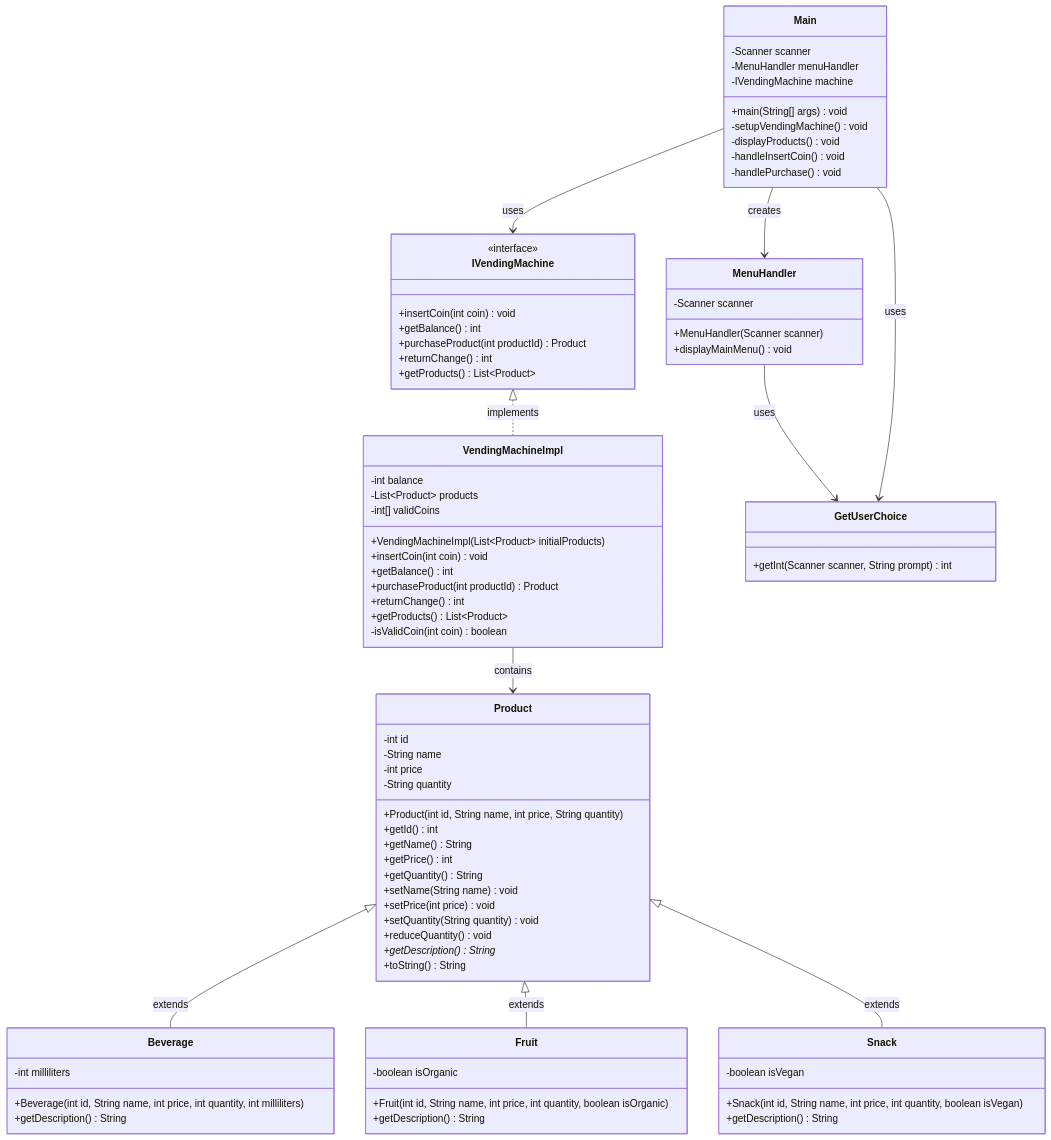
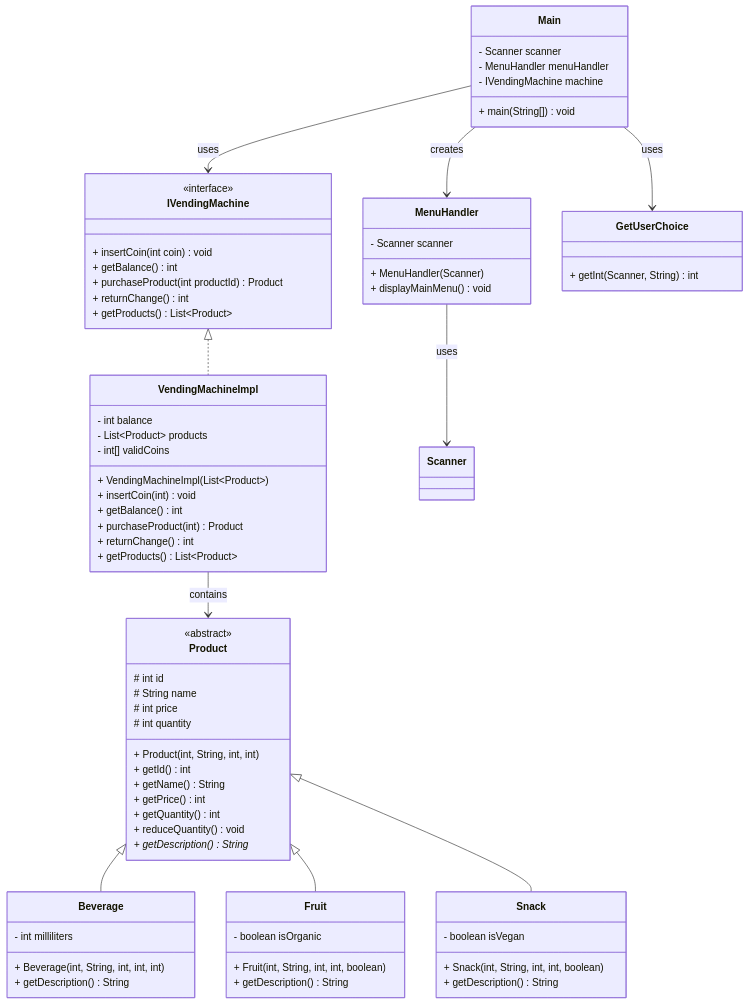
One commit to SMASobur/Vending_Machine_Workshop_OOP2 changed the diagram in src/main/java/se/lexicon/UML.mermaid. Above: the diagram before and after it, drawn with Mermaid.

Commit message:
Simplified UML

```diff
--- a/src/main/java/se/lexicon/UML.mermaid
+++ b/src/main/java/se/lexicon/UML.mermaid
@@ -1,88 +1,81 @@
 classDiagram
+    class IVendingMachine {
+        <<interface>>
+        + insertCoin(int coin) void
+        + getBalance() int
+        + purchaseProduct(int productId) Product
+        + returnChange() int
+        + getProducts() List~Product~
+    }
+
     class Product {
-        -int id
-        -String name
-        -int price
-        -String quantity
-        +Product(int id, String name, int price, String quantity)
-        +getId() int
-        +getName() String
-        +getPrice() int
-        +getQuantity() String
-        +setName(String name) void
-        +setPrice(int price) void
-        +setQuantity(String quantity) void
-        +reduceQuantity() void
-        +getDescription() String*
-        +toString() String
+        <<abstract>>
+        # int id
+        # String name
+        # int price
+        # int quantity
+        + Product(int, String, int, int)
+        + getId() int
+        + getName() String
+        + getPrice() int
+        + getQuantity() int
+        + reduceQuantity() void
+        + getDescription() String*
     }
 
     class Beverage {
-        -int milliliters
-        +Beverage(int id, String name, int price, int quantity, int milliliters)
-        +getDescription() String
+        - int milliliters
+        + Beverage(int, String, int, int, int)
+        + getDescription() String
     }
 
     class Fruit {
-        -boolean isOrganic
-        +Fruit(int id, String name, int price, int quantity, boolean isOrganic)
-        +getDescription() String
+        - boolean isOrganic
+        + Fruit(int, String, int, int, boolean)
+        + getDescription() String
     }
 
     class Snack {
-        -boolean isVegan
-        +Snack(int id, String name, int price, int quantity, boolean isVegan)
-        +getDescription() String
-    }
-    class IVendingMachine {
-        <<interface>>
-        +insertCoin(int coin) void
-        +getBalance() int
-        +purchaseProduct(int productId) Product
-        +returnChange() int
-        +getProducts() List~Product~
+        - boolean isVegan
+        + Snack(int, String, int, int, boolean)
+        + getDescription() String
     }
 
     class VendingMachineImpl {
-        -int balance
-        -List~Product~ products
-        -int[] validCoins
-        +VendingMachineImpl(List~Product~ initialProducts)
-        +insertCoin(int coin) void
-        +getBalance() int
-        +purchaseProduct(int productId) Product
-        +returnChange() int
-        +getProducts() List~Product~
-        -isValidCoin(int coin) boolean
+        - int balance
+        - List~Product~ products
+        - int[] validCoins
+        + VendingMachineImpl(List~Product~)
+        + insertCoin(int) void
+        + getBalance() int
+        + purchaseProduct(int) Product
+        + returnChange() int
+        + getProducts() List~Product~
+    }
+
+    class Main {
+        - Scanner scanner
+        - MenuHandler menuHandler
+        - IVendingMachine machine
+        + main(String[]) void
+    }
+
+    class MenuHandler {
+        - Scanner scanner
+        + MenuHandler(Scanner)
+        + displayMainMenu() void
     }
 
     class GetUserChoice {
-        +getInt(Scanner scanner, String prompt) int
+        + getInt(Scanner, String) int
     }
 
-    class MenuHandler {
-        -Scanner scanner
-        +MenuHandler(Scanner scanner)
-        +displayMainMenu() void
-    }
-
-    class Main {
-        -Scanner scanner
-        -MenuHandler menuHandler
-        -IVendingMachine machine
-        +main(String[] args) void
-        -setupVendingMachine() void
-        -displayProducts() void
-        -handleInsertCoin() void
-        -handlePurchase() void
-    }
-
-    Product <|-- Beverage : extends
-    Product <|-- Fruit : extends
-    Product <|-- Snack : extends
-    IVendingMachine <|.. VendingMachineImpl : implements
+    Product <|-- Beverage
+    Product <|-- Fruit
+    Product <|-- Snack
+    IVendingMachine <|.. VendingMachineImpl
     VendingMachineImpl --> Product : contains
-    MenuHandler --> GetUserChoice : uses
+    Main --> IVendingMachine : uses
     Main --> MenuHandler : creates
     Main --> GetUserChoice : uses
-    Main --> IVendingMachine : uses
+    MenuHandler --> Scanner : uses
```
